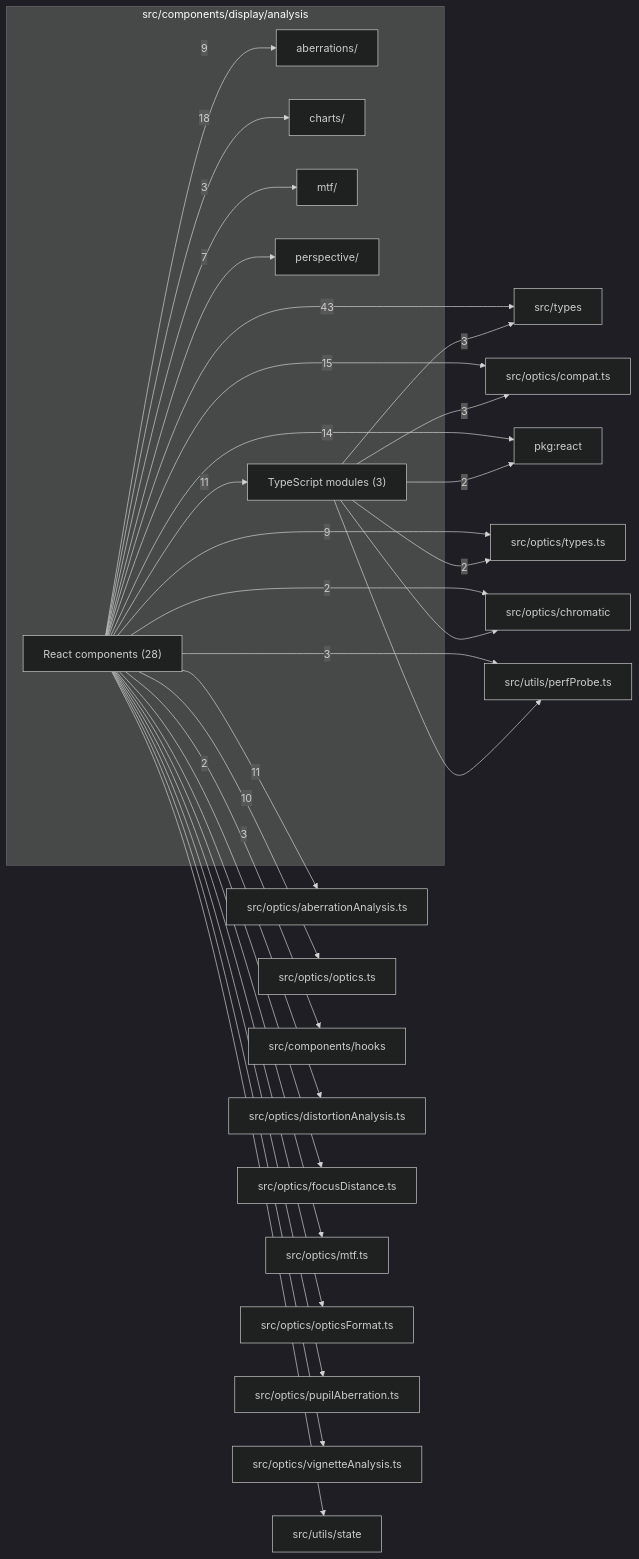
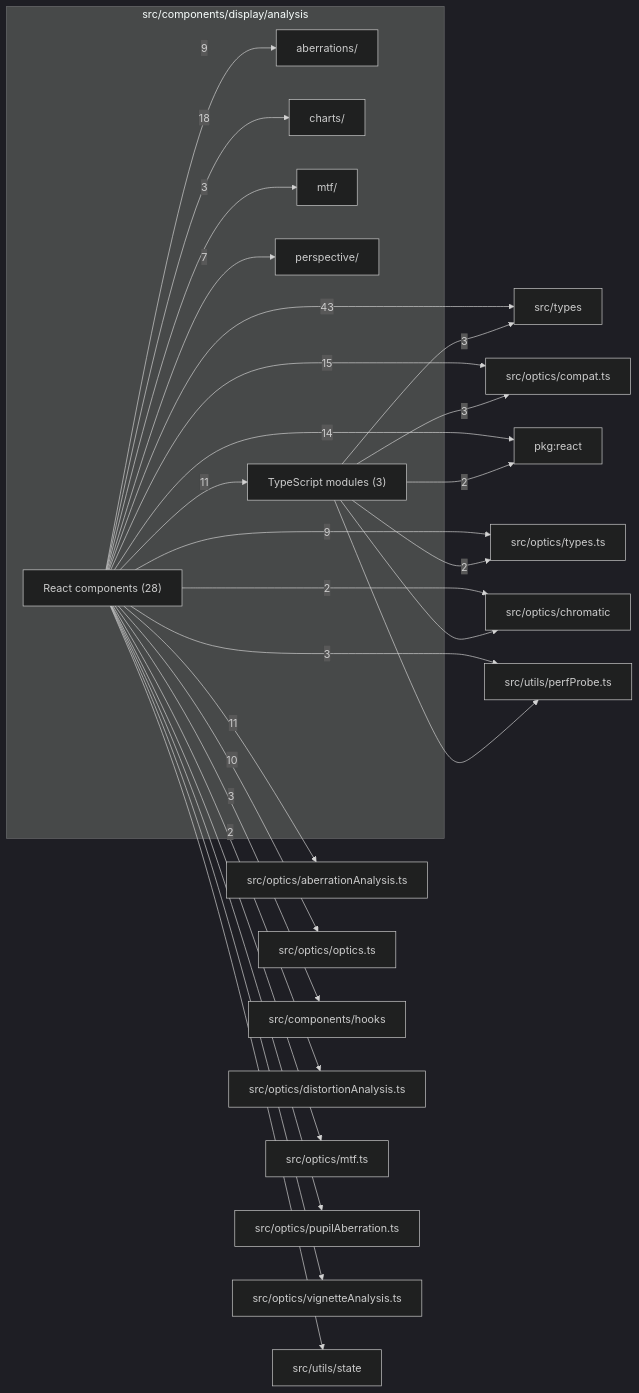
The diagram in src/components/display/analysis/readme.md (ronbuening/LensVisualizer), drawn with Mermaid (dark theme) before and after one commit. The commit also changed other lines of this file and 28 other files, not shown here.

````diff
--- a/src/components/display/analysis/readme.md
+++ b/src/components/display/analysis/readme.md
@@ -9,54 +9,50 @@
 ```mermaid
 flowchart LR
   subgraph n_src_components_display_analysis["src/components/display/analysis"]
     n_src_components_display_analysis_src_components_display_analysis_aberrations["aberrations/"]
     n_src_components_display_analysis_src_components_display_analysis_charts["charts/"]
     n_src_components_display_analysis_src_components_display_analysis_mtf["mtf/"]
     n_src_components_display_analysis_src_components_display_analysis_perspective["perspective/"]
     n_src_components_display_analysis_React_components["React components (28)"]
     n_src_components_display_analysis_TypeScript_modules["TypeScript modules (3)"]
   end
   n_external_src_types["src/types"]
   n_external_src_optics_compat_ts["src/optics/compat.ts"]
   n_external_pkg_react["pkg:react"]
   n_external_src_optics_aberrationAnalysis_ts["src/optics/aberrationAnalysis.ts"]
   n_external_src_optics_optics_ts["src/optics/optics.ts"]
   n_external_src_optics_types_ts["src/optics/types.ts"]
   n_external_src_components_hooks["src/components/hooks"]
   n_external_src_utils_perfProbe_ts["src/utils/perfProbe.ts"]
   n_external_src_optics_chromatic["src/optics/chromatic"]
   n_external_src_optics_distortionAnalysis_ts["src/optics/distortionAnalysis.ts"]
-  n_external_src_optics_focusDistance_ts["src/optics/focusDistance.ts"]
   n_external_src_optics_mtf_ts["src/optics/mtf.ts"]
-  n_external_src_optics_opticsFormat_ts["src/optics/opticsFormat.ts"]
   n_external_src_optics_pupilAberration_ts["src/optics/pupilAberration.ts"]
   n_external_src_optics_vignetteAnalysis_ts["src/optics/vignetteAnalysis.ts"]
   n_external_src_utils_state["src/utils/state"]
   n_src_components_display_analysis_React_components --> |43| n_external_src_types
   n_src_components_display_analysis_React_components --> |18| n_src_components_display_analysis_src_components_display_analysis_charts
   n_src_components_display_analysis_React_components --> |15| n_external_src_optics_compat_ts
   n_src_components_display_analysis_React_components --> |14| n_external_pkg_react
   n_src_components_display_analysis_React_components --> |11| n_external_src_optics_aberrationAnalysis_ts
   n_src_components_display_analysis_React_components --> |11| n_src_components_display_analysis_TypeScript_modules
   n_src_components_display_analysis_React_components --> |10| n_external_src_optics_optics_ts
   n_src_components_display_analysis_React_components --> |9| n_external_src_optics_types_ts
   n_src_components_display_analysis_React_components --> |9| n_src_components_display_analysis_src_components_display_analysis_aberrations
   n_src_components_display_analysis_React_components --> |7| n_src_components_display_analysis_src_components_display_analysis_perspective
   n_src_components_display_analysis_React_components --> |3| n_external_src_components_hooks
   n_src_components_display_analysis_TypeScript_modules --> |3| n_external_src_optics_compat_ts
   n_src_components_display_analysis_TypeScript_modules --> |3| n_external_src_types
   n_src_components_display_analysis_React_components --> |3| n_external_src_utils_perfProbe_ts
   n_src_components_display_analysis_React_components --> |3| n_src_components_display_analysis_src_components_display_analysis_mtf
   n_src_components_display_analysis_TypeScript_modules --> |2| n_external_pkg_react
   n_src_components_display_analysis_React_components --> |2| n_external_src_optics_chromatic
   n_src_components_display_analysis_React_components --> |2| n_external_src_optics_distortionAnalysis_ts
   n_src_components_display_analysis_TypeScript_modules --> |2| n_external_src_optics_types_ts
   n_src_components_display_analysis_TypeScript_modules --> n_external_src_optics_chromatic
-  n_src_components_display_analysis_React_components --> n_external_src_optics_focusDistance_ts
   n_src_components_display_analysis_React_components --> n_external_src_optics_mtf_ts
-  n_src_components_display_analysis_React_components --> n_external_src_optics_opticsFormat_ts
   n_src_components_display_analysis_React_components --> n_external_src_optics_pupilAberration_ts
   n_src_components_display_analysis_React_components --> n_external_src_optics_vignetteAnalysis_ts
   n_src_components_display_analysis_TypeScript_modules --> n_external_src_utils_perfProbe_ts
   n_src_components_display_analysis_React_components --> n_external_src_utils_state
 ```
````
